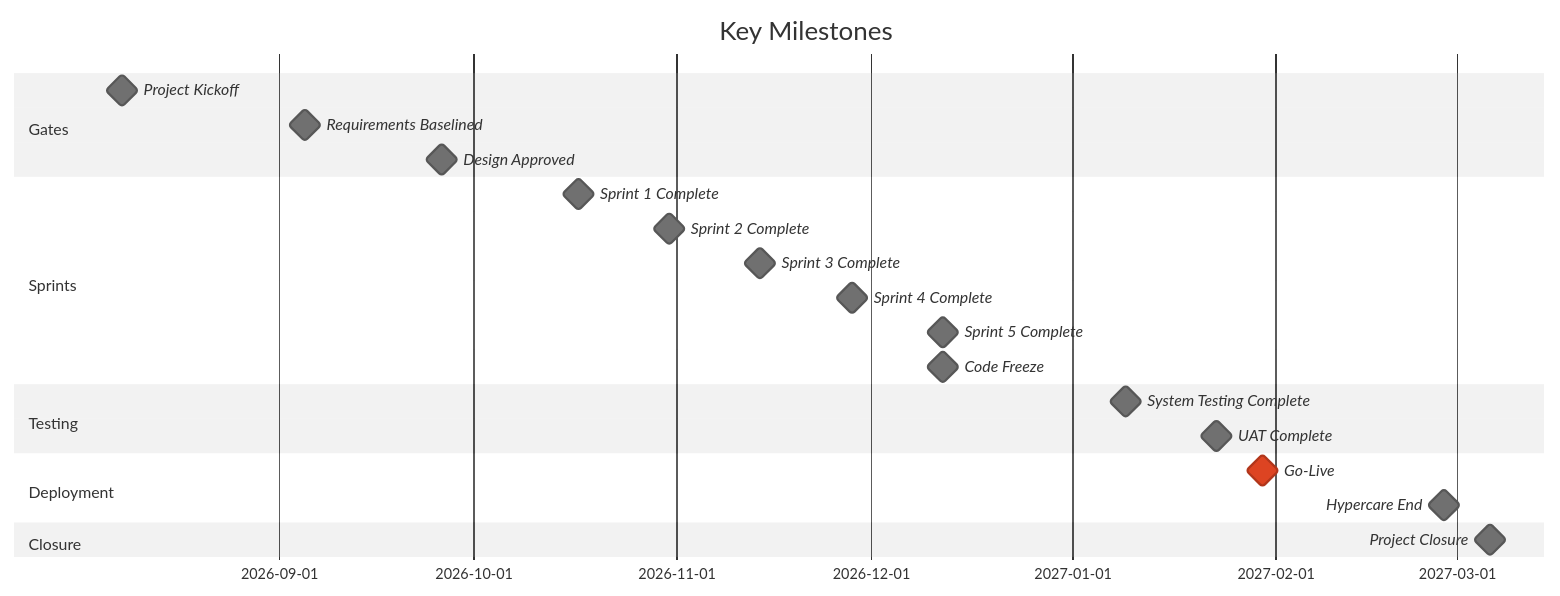
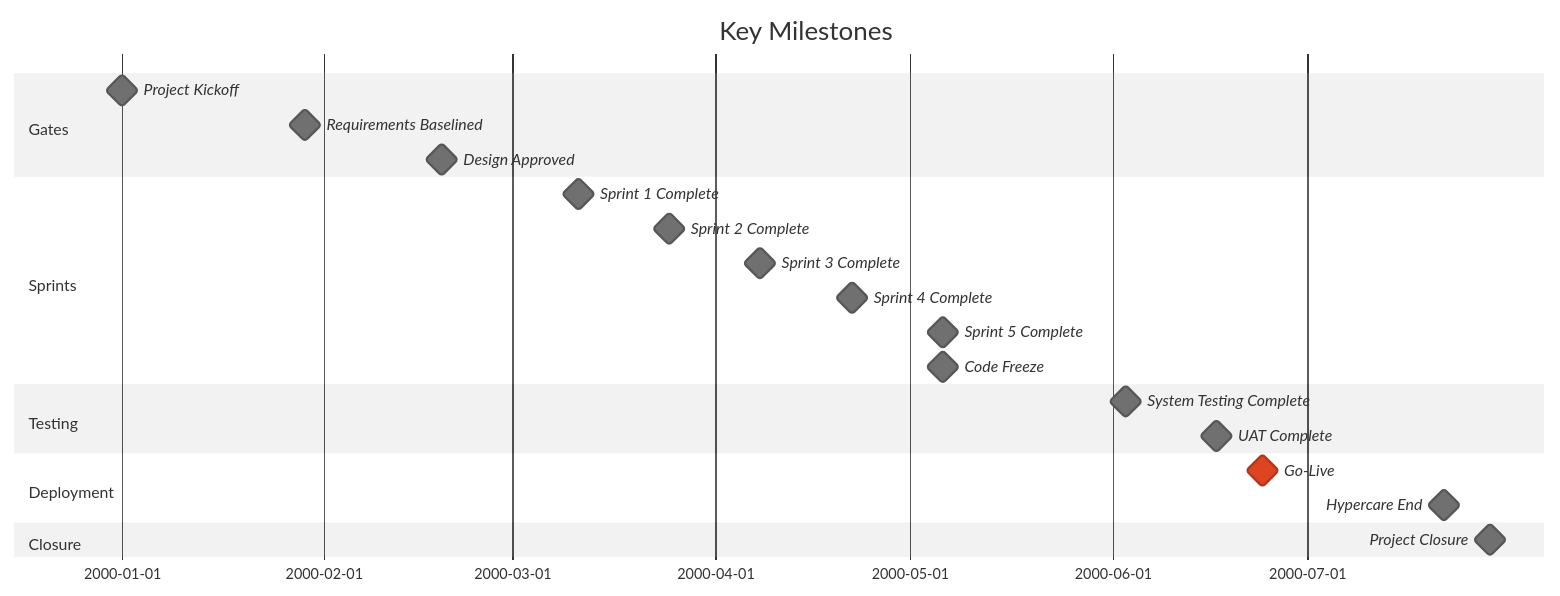
Before and after one commit to oat431/swe-knowledge: the fifth of 6 diagrams in document-template/06_Project_Management_Executing_and_MC/Gantt-Chart-Schedule.md, drawn with Mermaid (neutral theme). The commit also changed other lines of this file and 56 other files, not shown here.

````diff
--- a/document-template/06_Project_Management_Executing_and_MC/Gantt-Chart-Schedule.md
+++ b/document-template/06_Project_Management_Executing_and_MC/Gantt-Chart-Schedule.md
@@ -204,29 +208,30 @@
 ```mermaid
 gantt
     title Key Milestones
     dateFormat YYYY-MM-DD
+    %% Placeholder schedule: base 2000-01-01 = project start; recompute real dates when instantiating
 
     section Gates
-    Project Kickoff           :milestone, 2026-08-08, 0d
-    Requirements Baselined    :milestone, 2026-09-05, 0d
-    Design Approved           :milestone, 2026-09-26, 0d
+    Project Kickoff           :milestone, 2000-01-01, 0d
+    Requirements Baselined    :milestone, 2000-01-29, 0d
+    Design Approved           :milestone, 2000-02-19, 0d
 
     section Sprints
-    Sprint 1 Complete         :milestone, 2026-10-17, 0d
-    Sprint 2 Complete         :milestone, 2026-10-31, 0d
-    Sprint 3 Complete         :milestone, 2026-11-14, 0d
-    Sprint 4 Complete         :milestone, 2026-11-28, 0d
-    Sprint 5 Complete         :milestone, 2026-12-12, 0d
-    Code Freeze               :milestone, 2026-12-12, 0d
+    Sprint 1 Complete         :milestone, 2000-03-11, 0d
+    Sprint 2 Complete         :milestone, 2000-03-25, 0d
+    Sprint 3 Complete         :milestone, 2000-04-08, 0d
+    Sprint 4 Complete         :milestone, 2000-04-22, 0d
+    Sprint 5 Complete         :milestone, 2000-05-06, 0d
+    Code Freeze               :milestone, 2000-05-06, 0d
 
     section Testing
-    System Testing Complete   :milestone, 2027-01-09, 0d
-    UAT Complete              :milestone, 2027-01-23, 0d
+    System Testing Complete   :milestone, 2000-06-03, 0d
+    UAT Complete              :milestone, 2000-06-17, 0d
 
     section Deployment
-    Go-Live                   :milestone, crit, 2027-01-30, 0d
-    Hypercare End             :milestone, 2027-02-27, 0d
+    Go-Live                   :milestone, crit, 2000-06-24, 0d
+    Hypercare End             :milestone, 2000-07-22, 0d
 
     section Closure
-    Project Closure           :milestone, 2027-03-06, 0d
+    Project Closure           :milestone, 2000-07-29, 0d
 ```
````
